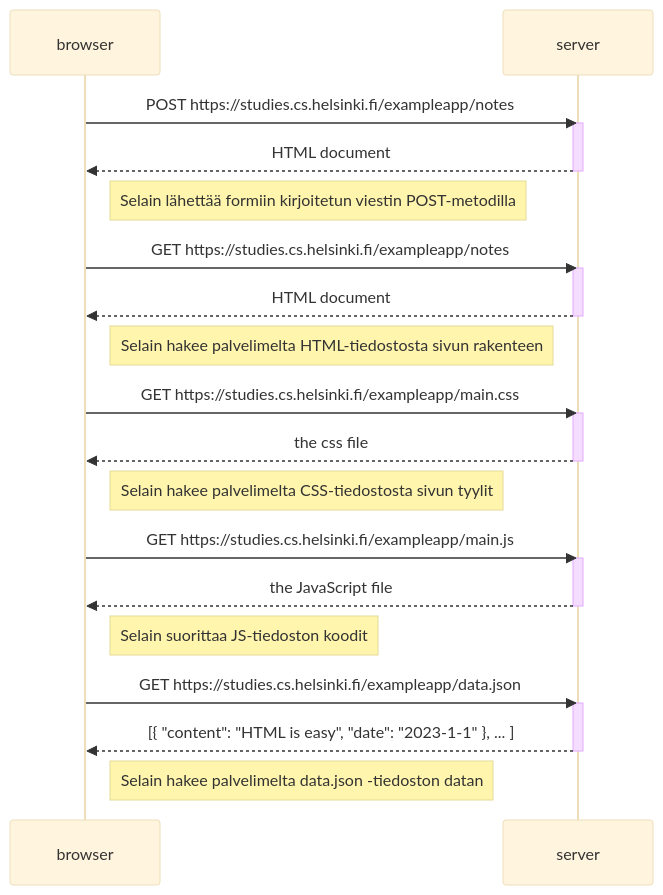
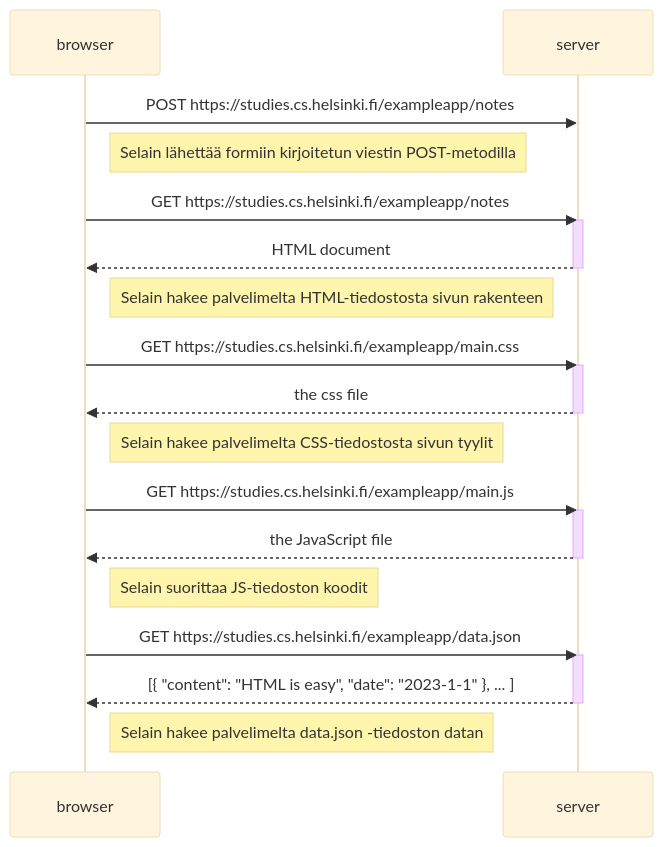
One commit to AnttiR-hub/fsOpenPalautukset changed the diagram in osa0/teht4.md. Above: the diagram before and after it, drawn with Mermaid (base theme).

Commit message:
pikku muokkaus

````diff
--- a/osa0/teht4.md
+++ b/osa0/teht4.md
@@ -1,40 +1,37 @@
 ```mermaid
 sequenceDiagram
     participant browser
     participant server
 
     browser->>server: POST https://studies.cs.helsinki.fi/exampleapp/notes
-    activate server
-    server-->>browser: HTML document
-    deactivate server
 
     Note right of browser: Selain lähettää formiin kirjoitetun viestin POST-metodilla
 
     browser->>server: GET https://studies.cs.helsinki.fi/exampleapp/notes
     activate server
     server-->>browser: HTML document
     deactivate server
 
     Note right of browser: Selain hakee palvelimelta HTML-tiedostosta sivun rakenteen
 
     browser->>server: GET https://studies.cs.helsinki.fi/exampleapp/main.css
     activate server
     server-->>browser: the css file
     deactivate server
 
     Note right of browser: Selain hakee palvelimelta CSS-tiedostosta sivun tyylit
 
     browser->>server: GET https://studies.cs.helsinki.fi/exampleapp/main.js
     activate server
     server-->>browser: the JavaScript file
     deactivate server
 
     Note right of browser: Selain suorittaa JS-tiedoston koodit
 
     browser->>server: GET https://studies.cs.helsinki.fi/exampleapp/data.json
     activate server
     server-->>browser: [{ "content": "HTML is easy", "date": "2023-1-1" }, ... ]
     deactivate server
 
     Note right of browser: Selain hakee palvelimelta data.json -tiedoston datan
 ```
````
